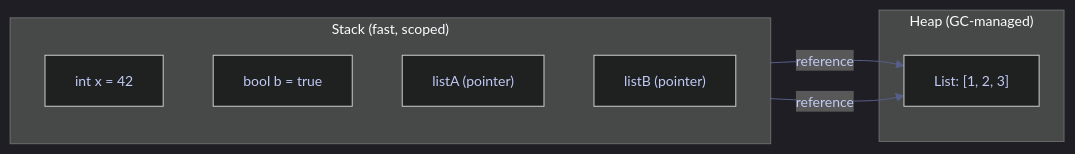
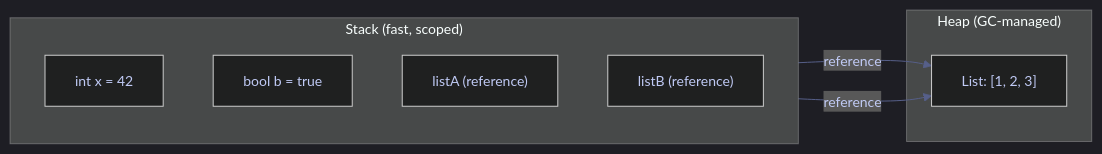
The second of 3 diagrams in content/02-Programming-Languages/02-CSharp/01-cs-basics.md (alp78/elysium), drawn with Mermaid before and after one commit. The commit also changed other lines of this file and 46 other files, not shown here.

````diff
--- a/content/02-Programming-Languages/02-CSharp/01-cs-basics.md
+++ b/content/02-Programming-Languages/02-CSharp/01-cs-basics.md
@@ -1123,27 +1110,27 @@
 ```mermaid
 %%{init: {'theme': 'dark', 'themeVariables': {
   'primaryColor': '#292e42',
   'primaryTextColor': '#c0caf5',
   'primaryBorderColor': '#565f89',
   'lineColor': '#565f89',
   'secondaryColor': '#1a1b26',
   'tertiaryColor': '#24283b',
   'noteTextColor': '#c0caf5',
   'noteBkgColor': '#292e42',
   'textColor': '#c0caf5',
   'fontSize': '14px'
 }}}%%
 flowchart LR
     subgraph STACK["Stack (fast, scoped)"]
         direction TB
         A["int x = 42"]
         B["bool b = true"]
-        C["listA (pointer)"]
-        D["listB (pointer)"]
+        C["listA (reference)"]
+        D["listB (reference)"]
     end
     subgraph HEAP["Heap (GC-managed)"]
         E["List: [1, 2, 3]"]
     end
     C -->|reference| E
     D -->|reference| E
 ```
````
